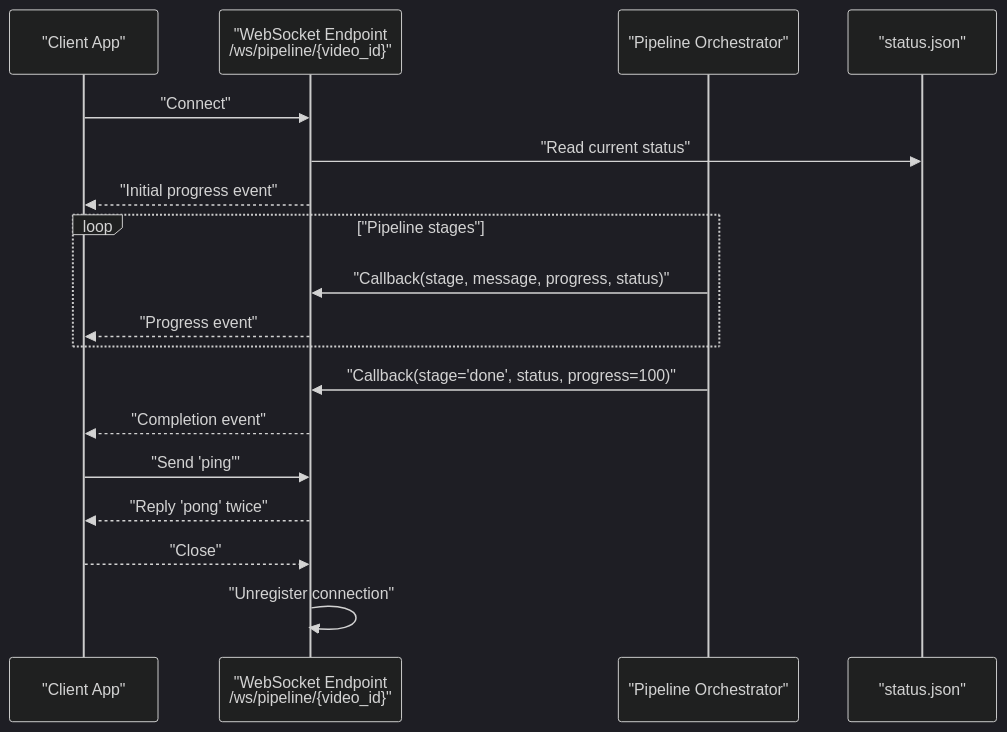
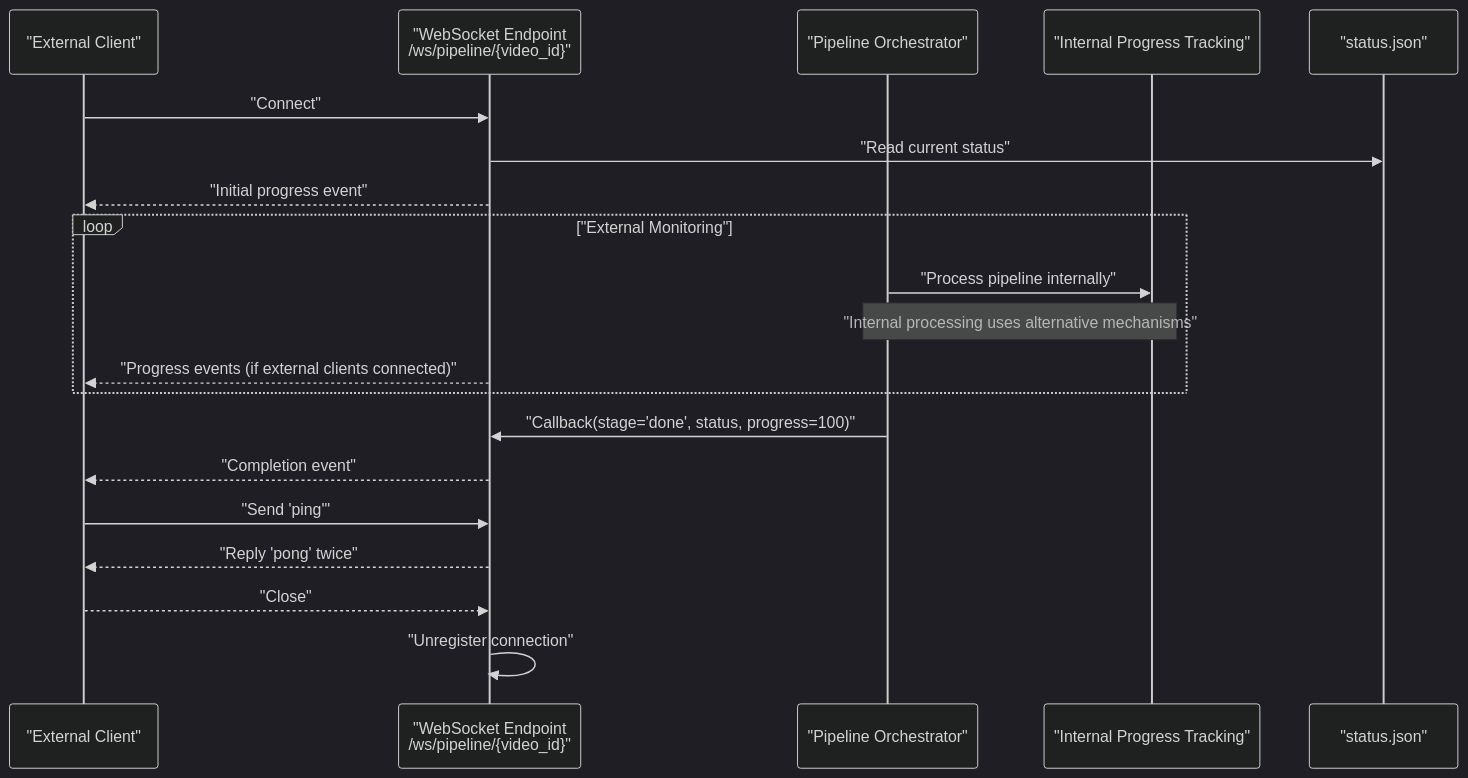
One commit to alexandreybasta-cyber/dubai-media-ai changed the second of 6 diagrams in .qoder/repowiki/en/content/Backend API Reference/WebSocket API.md. Above: the diagram before and after it, drawn with Mermaid (dark theme). The commit also changed other lines of this file and 19 other files, not shown here.

````diff
--- a/.qoder/repowiki/en/content/Backend API Reference/WebSocket API.md
+++ b/.qoder/repowiki/en/content/Backend API Reference/WebSocket API.md
@@ -97,20 +106,22 @@
 ```mermaid
 sequenceDiagram
-participant Client as "Client App"
+participant Client as "External Client"
 participant WS as "WebSocket Endpoint<br/>/ws/pipeline/{video_id}"
 participant Orchestrator as "Pipeline Orchestrator"
+participant Internal as "Internal Progress Tracking"
 participant Storage as "status.json"
 Client->>WS : "Connect"
 WS->>Storage : "Read current status"
 WS-->>Client : "Initial progress event"
-loop "Pipeline stages"
-Orchestrator->>WS : "Callback(stage, message, progress, status)"
-WS-->>Client : "Progress event"
+loop "External Monitoring"
+Orchestrator->>Internal : "Process pipeline internally"
+Note over Orchestrator,Internal : "Internal processing uses alternative mechanisms"
+WS-->>Client : "Progress events (if external clients connected)"
 end
 Orchestrator->>WS : "Callback(stage='done', status, progress=100)"
 WS-->>Client : "Completion event"
 Client->>WS : "Send 'ping'"
 WS-->>Client : "Reply 'pong' twice"
 Client-->>WS : "Close"
 WS->>WS : "Unregister connection"
 ```
````
